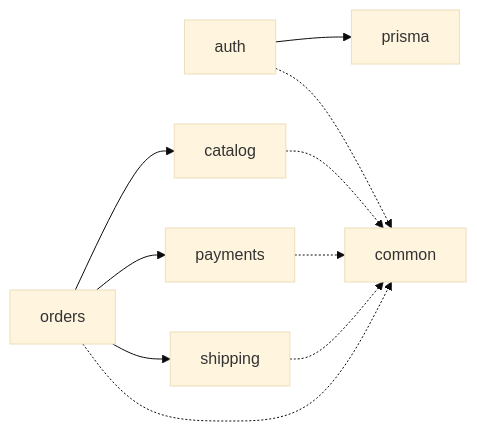
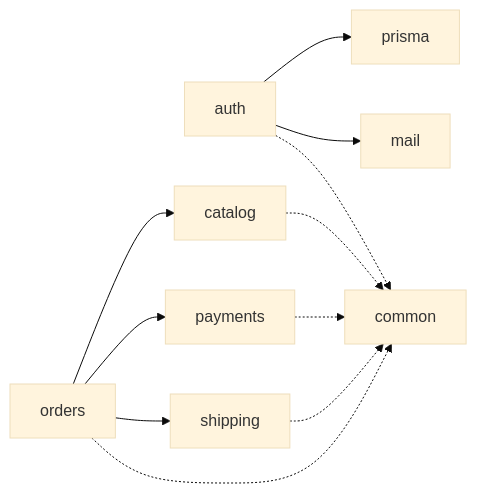
One commit to ArtRiv/commerce-core changed the diagram in docs/architecture/modules.md. Above: the diagram before and after it, drawn with Mermaid (base theme). The commit also changed other lines of this file and 13 other files, not shown here.

````diff
--- a/docs/architecture/modules.md
+++ b/docs/architecture/modules.md
@@ -12,22 +12,24 @@
 ```mermaid
 flowchart LR
     auth["auth"]
     catalog["catalog"]
     orders["orders"]
     payments["payments"]
     shipping["shipping"]
     common["common"]
     prisma["prisma"]
+    mail["mail"]
 
     orders --> catalog
     orders --> payments
     orders --> shipping
 
     auth --> prisma
+    auth --> mail
 
     auth -.-> common
     catalog -.-> common
     orders -.-> common
     payments -.-> common
     shipping -.-> common
 ```
````
